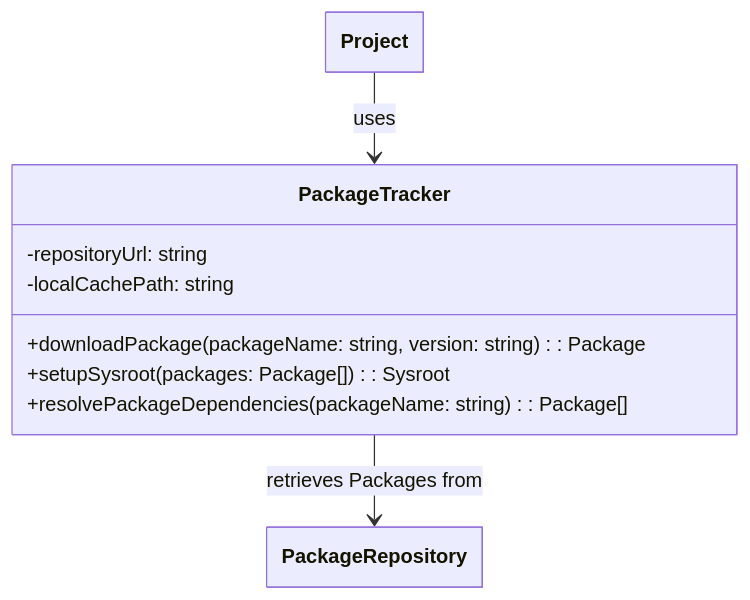
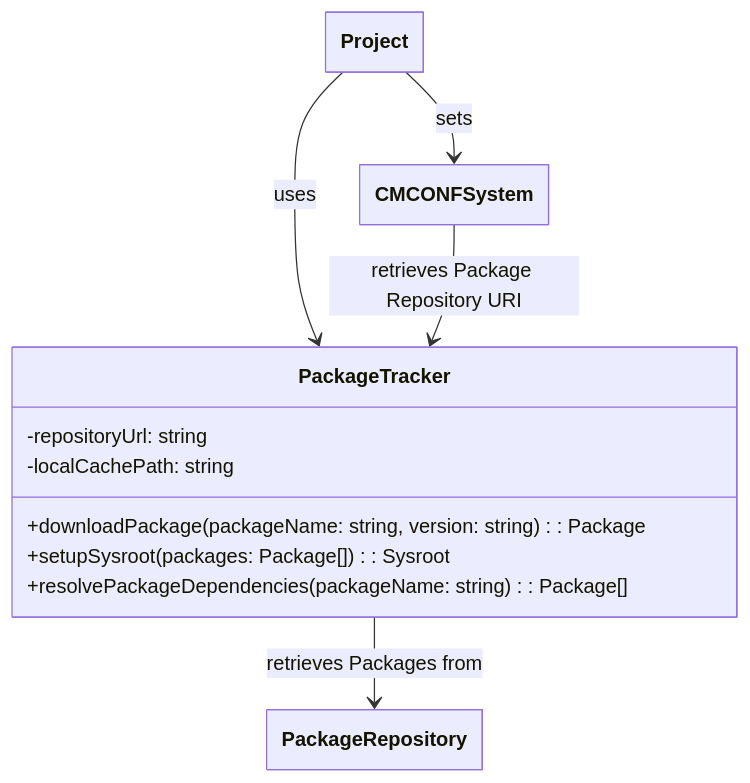
Before and after one commit to bacpack-system/bacpack-system.github.io: the third of 7 diagrams in docs/architecture.md, drawn with Mermaid. The commit also changed other lines of this file and 3 other files, not shown here.

Commit message:
Add CMCONF system to components

````diff
--- a/docs/architecture.md
+++ b/docs/architecture.md
@@ -132,20 +137,24 @@
 ```mermaid
 ---
   config:
     class:
       hideEmptyMembersBox: true
 ---
 classDiagram
   class PackageTracker {
         -repositoryUrl: string
         -localCachePath: string
         +downloadPackage(packageName: string, version: string): Package
         +setupSysroot(packages: Package[]): Sysroot
         +resolvePackageDependencies(packageName: string): Package[]
   }
 
   Project --> PackageTracker : uses
+  Project --> CMCONFSystem : sets
+
+  %% PackageTracker uses CMCONF system
+  CMCONFSystem --> PackageTracker : retrieves Package Repository URI
 
   %% PackageTracker interacts with repository and creates sysroot (Association)
   PackageTracker --> PackageRepository : retrieves Packages from
 ```
````
